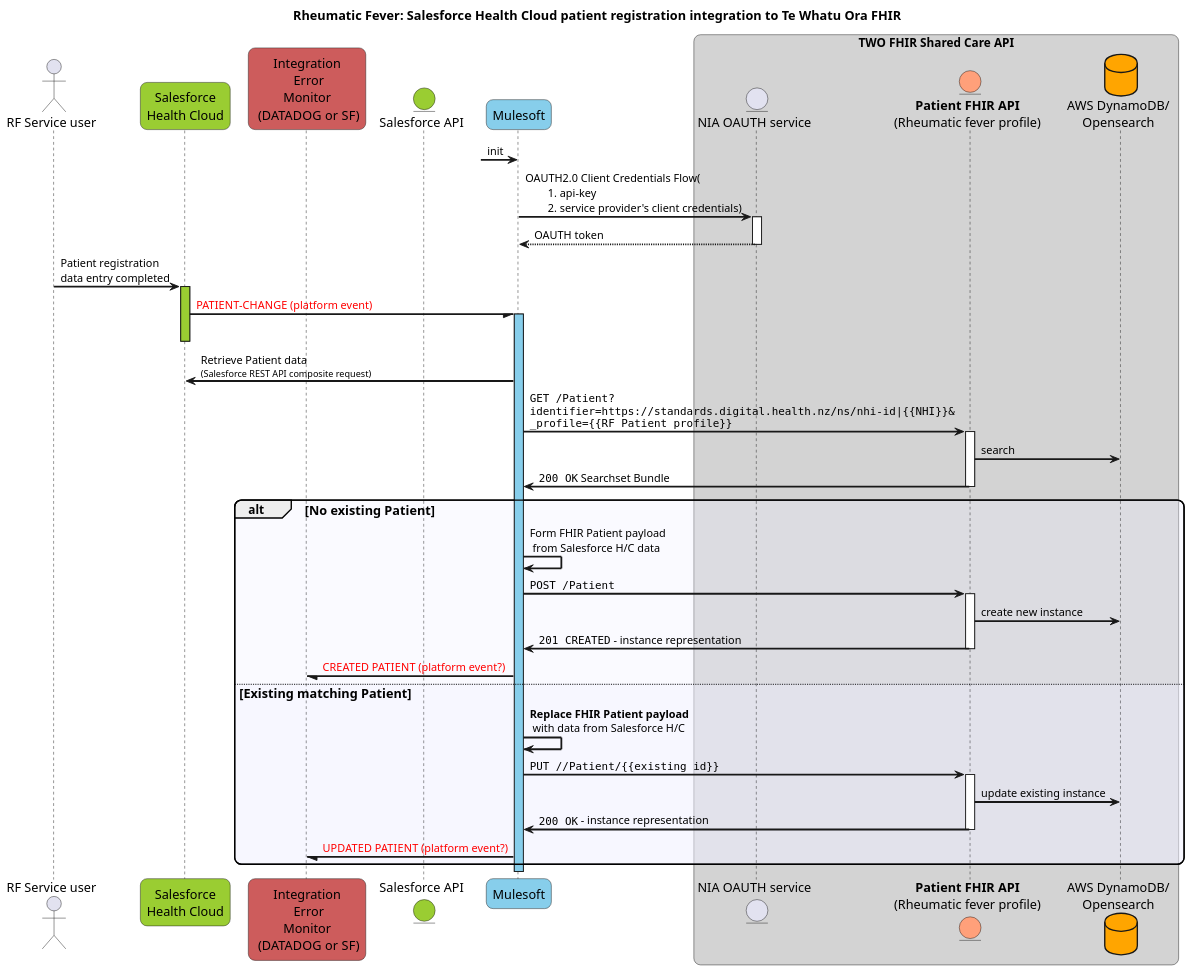
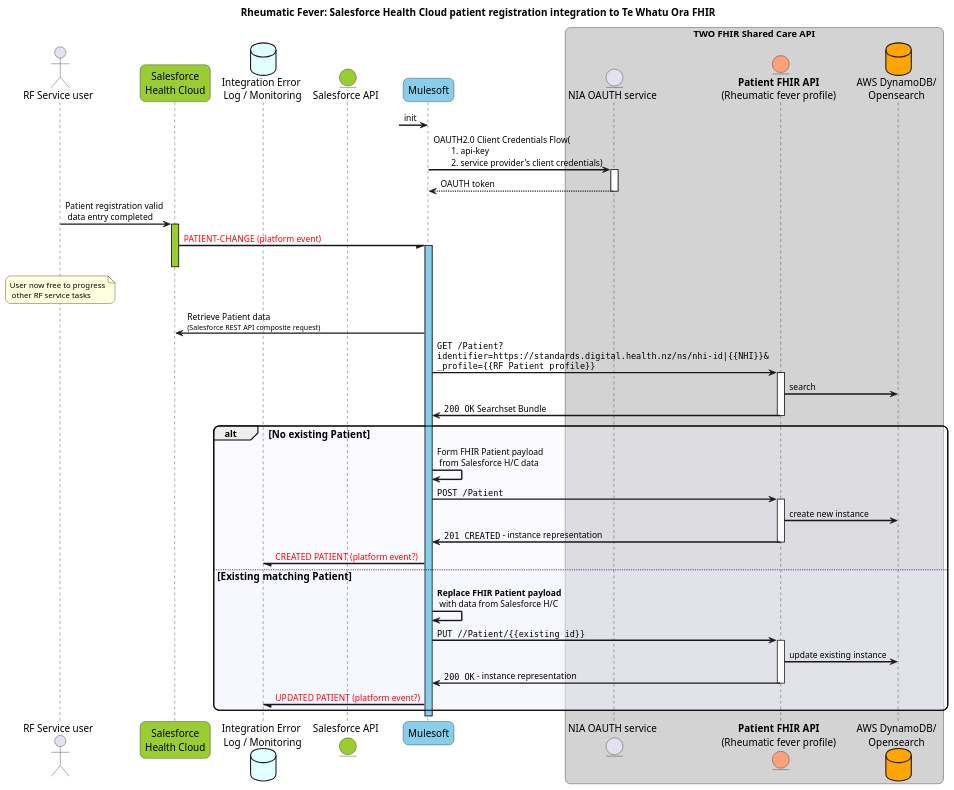
One commit to tewhatuora/cinc-fhir-ig changed the diagram in input/images-source/seq-SF-to-FHIR-integration.puml. Above: the diagram before and after it, drawn with PlantUML. The commit also changed 1 other file, not shown here.

```diff
--- a/input/images-source/seq-SF-to-FHIR-integration.puml
+++ b/input/images-source/seq-SF-to-FHIR-integration.puml
@@ -1,80 +1,81 @@
 @startuml seq-SF-to-FHIR-integration
 
 
 autonumber "<b> 00"
 
 skinparam ArrowFontSize 16
 skinparam BoxPadding 10
 skinparam dpi 400
 skinparam MaxMessageSize 350
 skinparam NoteFontSize 11
 skinparam ParticipantPadding 5
 skinparam responseMessageBelowArrow true
 skinparam roundcorner 15
 skinparam sequenceArrowThickness 2
 skinparam SequenceMessageAlignment left
 skinparam ArrowFontSize 12
 skinparam sequenceStyle uml2
 skinparam sequencegroupfontsize 14
 ' semi-transparent sequence groups!
 ' see https://sarafian.github.io/tips/2021/03/11/plantuml-tips-tricks-1.html#:~:text=responseMessageBelowArrow-,Semi,-transparent%20group%20backgrounds
 skinparam SequenceGroupBodyBackgroundColor #EEEEFF50
 
 
-scale max 500 width
+scale max 400 width
 
 
 '' ** page 1
 title "Rheumatic Fever: Salesforce Health Cloud patient registration integration to Te Whatu Ora FHIR"
 
 actor "RF Service user" as USER
 participant "Salesforce\nHealth Cloud" as OLLIE #YellowGreen
-participant "Integration\n Error\nMonitor\n (DATADOG or SF)" as WATCHDOG #IndianRed
+database "Integration Error\n Log / Monitoring" as WATCHDOG #LightCyan
 entity "Salesforce API" as ROSIE #YellowGreen
 participant "Mulesoft" as TILLY #SkyBlue
 
 box "TWO FHIR Shared Care API" #LightGrey
   entity "NIA OAUTH service" as WICKET
   entity "**Patient FHIR API**\n(Rheumatic fever profile)" as PATIENT #LightSalmon
   database "AWS DynamoDB/\nOpensearch" as REPO #Orange 
 end box
 
 autonumber stop
 
 ?-> TILLY: init
 TILLY -> WICKET++: OAUTH2.0 Client Credentials Flow(\n\t1. api-key\n\t2. service provider's client credentials) 
 return OAUTH token
 
-USER -> OLLIE++ #YellowGreen: Patient registration\ndata entry completed
+USER -> OLLIE++ #YellowGreen: Patient registration valid\n data entry completed
 OLLIE -/ TILLY++ #SkyBlue: <color:red>PATIENT-CHANGE (platform event)
+note over USER:  User now free to progress\n other RF service tasks
 deactivate OLLIE
 
 TILLY -> OLLIE: Retrieve Patient data \n<size:10>(Salesforce REST API composite request)
 TILLY -> PATIENT++: ""GET /Patient?""\n""identifier=https://standards.digital.health.nz/ns/nhi-id|{{NHI}}&""\n""_profile={{RF Patient profile}}""
 
 PATIENT -> REPO: search
 PATIENT -> TILLY--: ""200 OK"" Searchset Bundle
 
 alt No existing Patient
   TILLY -> TILLY: Form FHIR Patient payload\n from Salesforce H/C data
   TILLY -> PATIENT++: ""POST /Patient""
   PATIENT -> REPO: create new instance
-  PATIENT -> TILLY--: ""201 CREATED"" - instance representation
+  PATIENT -> TILLY--: ""201 CREATED"" - instance representation 
   TILLY -/ WATCHDOG: <color:red>CREATED PATIENT (platform event?)
 
 else Existing matching Patient
 
   TILLY -> TILLY: **Replace FHIR Patient payload**\n with data from Salesforce H/C
   TILLY -> PATIENT++: ""PUT //Patient/{{existing id}}""
   PATIENT -> REPO: update existing instance
   PATIENT -> TILLY--: ""200 OK"" - instance representation
   TILLY -/ WATCHDOG: <color:red>UPDATED PATIENT (platform event?)
 end
 
 
 ' *******************
 ' ** page 2
 'newpage Rheumatic Fever: HNZ FHIR updates to Salesforce Health Cloud
 
 
 @enduml
```
